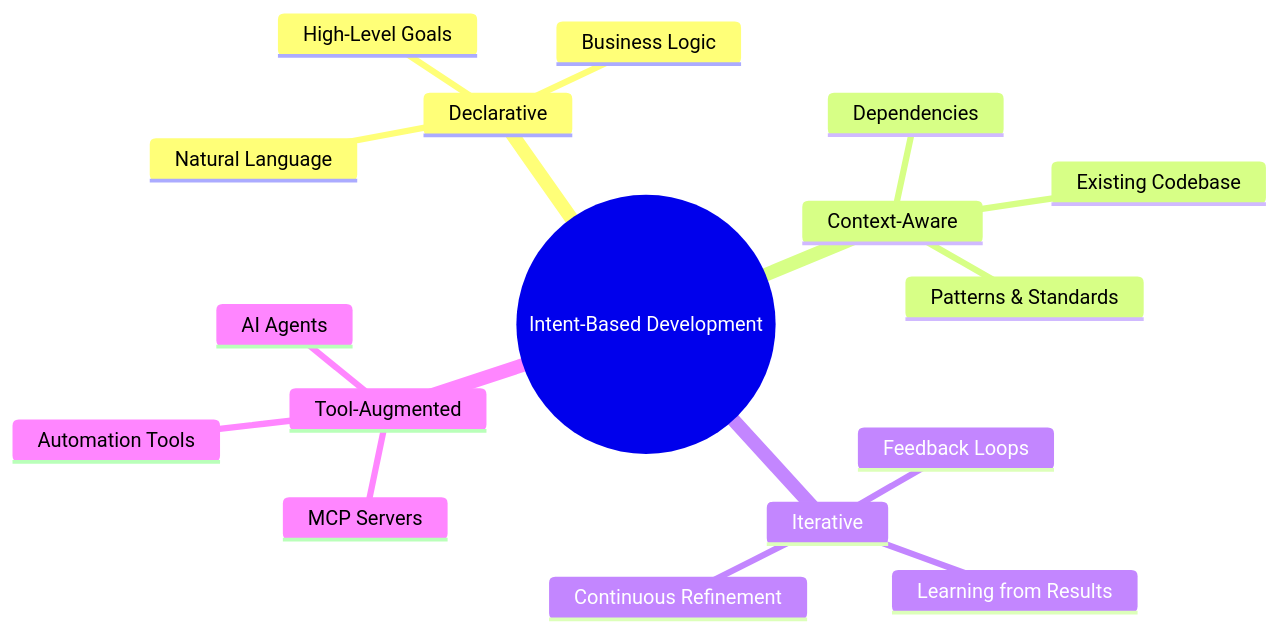
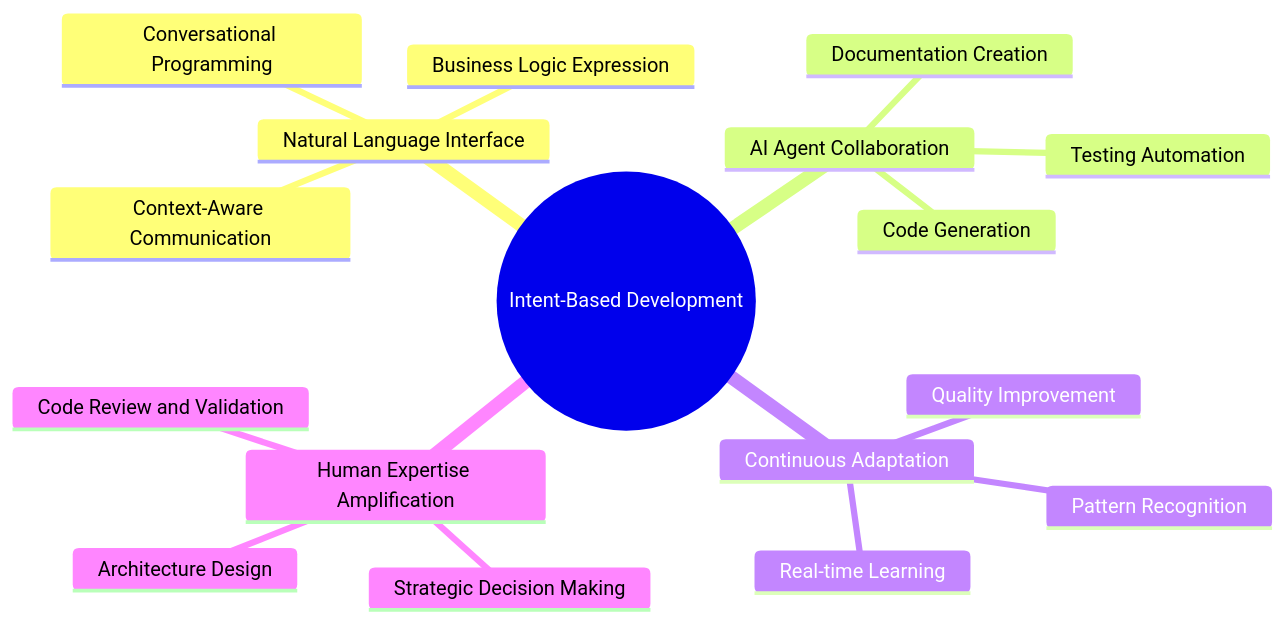
Before and after one commit to raphaelmansuy/tutorials: the second of 11 diagrams in 17_intent_based_dev_vs_code_copilot.md, drawn with Mermaid. The commit also changed other lines of this file, not shown here.

````diff
--- a/17_intent_based_dev_vs_code_copilot.md
+++ b/17_intent_based_dev_vs_code_copilot.md
@@ -52,20 +108,20 @@
 ```mermaid
 mindmap
   root((Intent-Based Development))
-    Declarative
-      Natural Language
-      High-Level Goals
-      Business Logic
-    Context-Aware
-      Existing Codebase
-      Patterns & Standards
-      Dependencies
-    Iterative
-      Feedback Loops
-      Continuous Refinement
-      Learning from Results
-    Tool-Augmented
-      AI Agents
-      MCP Servers
-      Automation Tools
+    Natural Language Interface
+      Conversational Programming
+      Context-Aware Communication
+      Business Logic Expression
+    AI Agent Collaboration
+      Code Generation
+      Documentation Creation
+      Testing Automation
+    Continuous Adaptation
+      Real-time Learning
+      Pattern Recognition
+      Quality Improvement
+    Human Expertise Amplification
+      Strategic Decision Making
+      Architecture Design
+      Code Review and Validation
 ```
````
